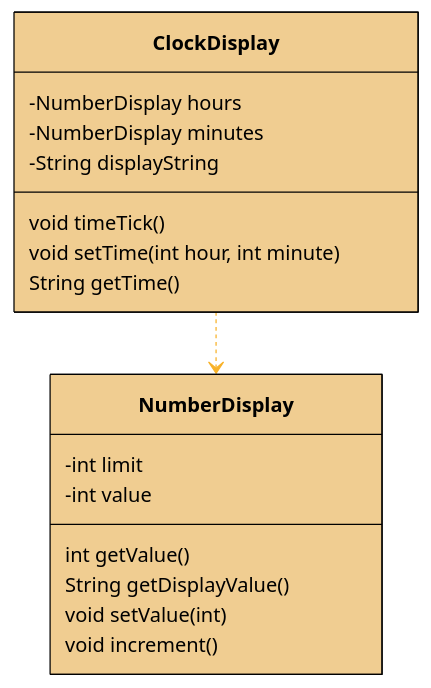
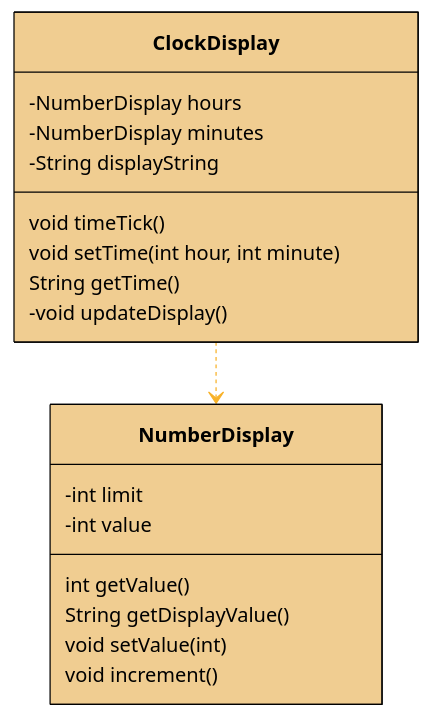
The first of 5 diagrams in hugo/content/material/info1/clock_display_refactoring/original_clock_display.md (bkleinen/bkleinen.github.io), drawn with Mermaid before and after one commit. The commit also changed other lines of this file and 6 other files, not shown here.

Commit message:
worked on clock display text

````diff
--- a/hugo/content/material/info1/clock_display_refactoring/original_clock_display.md
+++ b/hugo/content/material/info1/clock_display_refactoring/original_clock_display.md
@@ -15,35 +16,38 @@
 ```mermaid
 %%{
   init: {
     'theme': 'base',
     'themeVariables': {
       'primaryColor': '#f0cd91', 
       'primaryTextColor': '#000',
       'primaryBorderColor': '#000',
       'lineColor': '#F8B229',
       'secondaryColor': '#006100',
       'tertiaryColor': '#fff'
     }
   }
 }%%
 classDiagram
     class ClockDisplay
     class NumberDisplay
     ClockDisplay ..> NumberDisplay
     
-    ClockDisplay: -NumberDisplay hours
-    ClockDisplay: -NumberDisplay minutes
-    ClockDisplay: -String displayString
-    ClockDisplay: void timeTick()
-    ClockDisplay: void setTime(int hour, int minute)
-    ClockDisplay: String getTime()
-    
+
+    class ClockDisplay{
+      -NumberDisplay hours
+      -NumberDisplay minutes
+      -String displayString
+      void timeTick()
+      void setTime(int hour, int minute)
+      String getTime()
+      -void updateDisplay()
+    }
     
     NumberDisplay: -int limit
     NumberDisplay: -int value
     NumberDisplay: int getValue()
     NumberDisplay: String getDisplayValue()
     NumberDisplay: void setValue(int)
     NumberDisplay: void increment()
 
 ```
````
